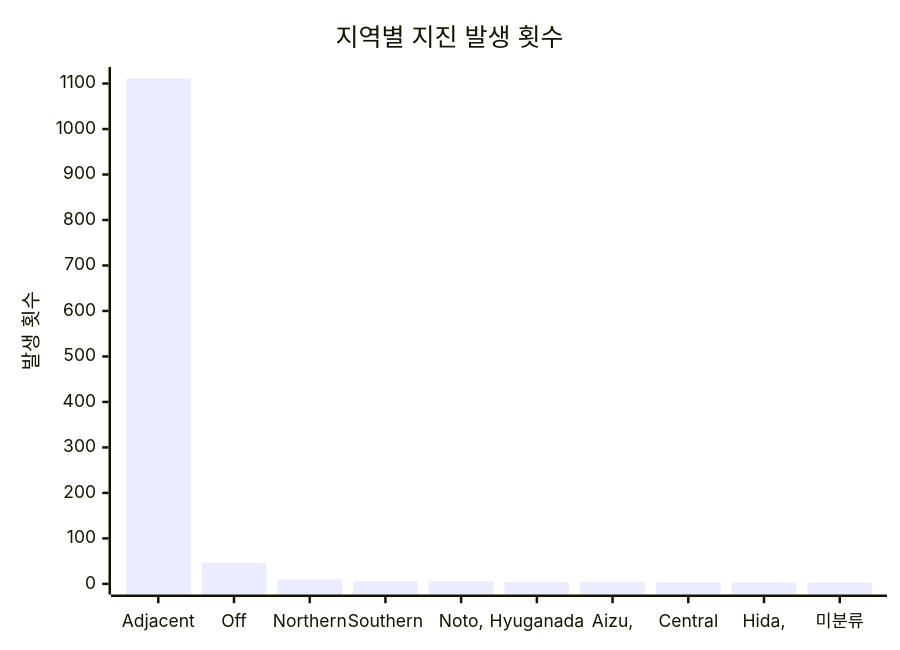
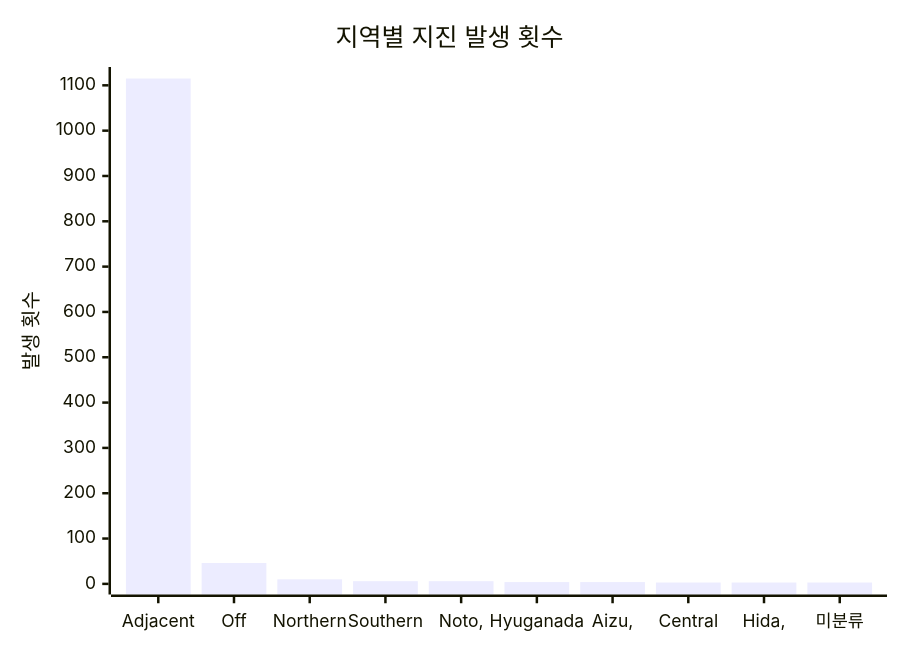
The diagram in charts/region-chart.md (serendip811/japan-eq), drawn with Mermaid before and after one commit. The commit also changed other lines of this file and 5 other files, not shown here.

Commit message:
Update earthquake data and charts Fri Jul  4 09:04:27 UTC 2025

````diff
--- a/charts/region-chart.md
+++ b/charts/region-chart.md
@@ -3,7 +3,7 @@
 ```mermaid
 xychart-beta
     title "지역별 지진 발생 횟수"
     x-axis ["Adjacent", "Off", "Northern", "Southern", "Noto,", "Hyuganada", "Aizu,", "Central", "Hida,", "미분류"]
-    y-axis "발생 횟수" 0 --> 1113
-    bar [1111, 46, 10, 6, 6, 4, 4, 3, 3, 3]
+    y-axis "발생 횟수" 0 --> 1117
+    bar [1115, 46, 10, 6, 6, 4, 4, 3, 3, 3]
 ```
````
